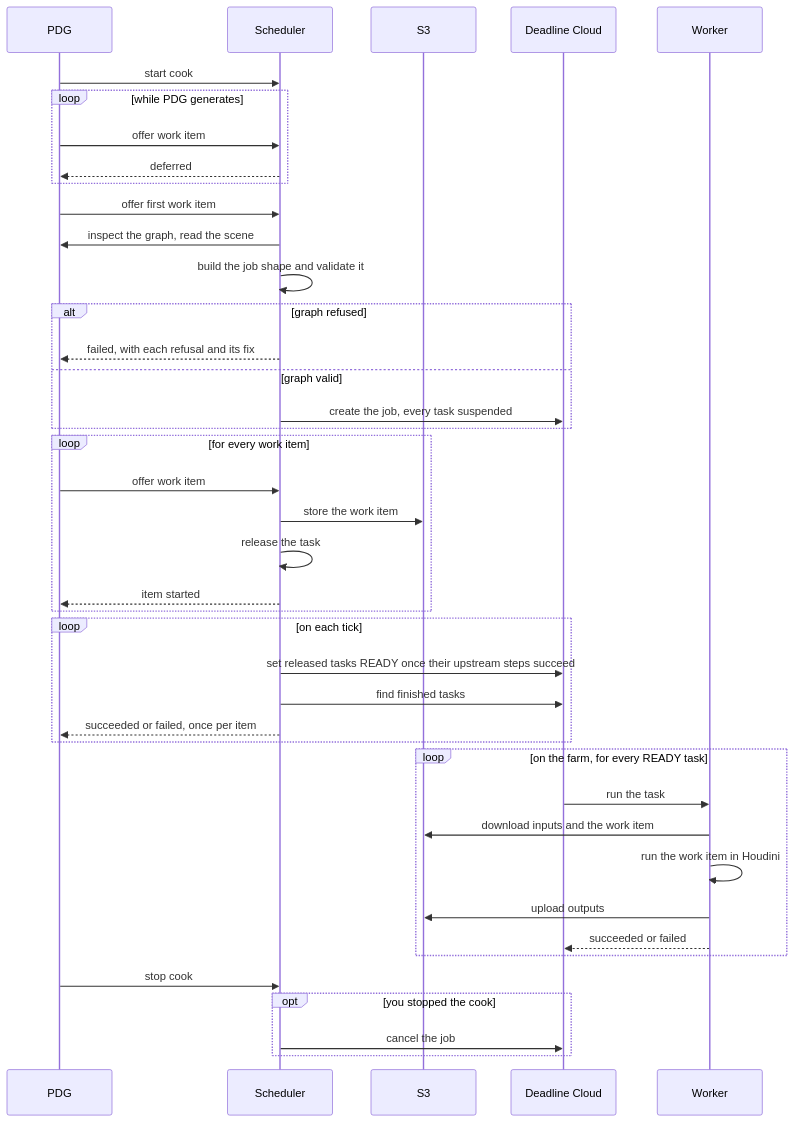
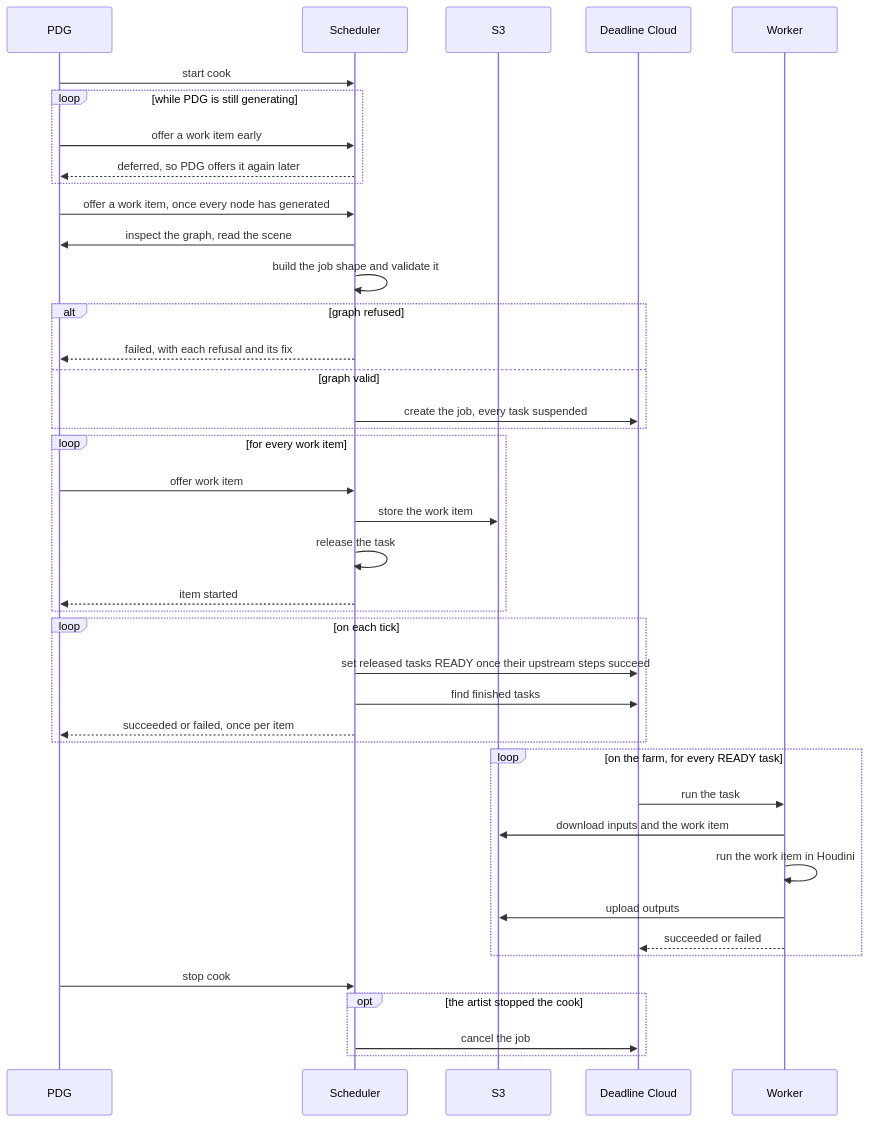
The second of 2 diagrams in specs/deadline/houdini_pdg/overview.md (aws-deadline/deadline-cloud-for-houdini), drawn with Mermaid before and after one commit.

Commit message:
docs: Show that the PDG scheduler defers work items offered early
PDG can offer work items before it has generated every node. The
scheduler defers them, and PDG offers them again later. The diagram now
says so, and names the offer that starts submission. It also says "the
artist" instead of "you", like the rest of the spec.

````diff
--- a/specs/deadline/houdini_pdg/overview.md
+++ b/specs/deadline/houdini_pdg/overview.md
@@ -75,43 +75,43 @@
 ```mermaid
 sequenceDiagram
   participant P as PDG
   participant S as Scheduler
   participant St as S3
   participant F as Deadline Cloud
   participant W as Worker
   P->>S: start cook
-  loop while PDG generates
-    P->>S: offer work item
-    S-->>P: deferred
+  loop while PDG is still generating
+    P->>S: offer a work item early
+    S-->>P: deferred, so PDG offers it again later
   end
-  P->>S: offer first work item
+  P->>S: offer a work item, once every node has generated
   S->>P: inspect the graph, read the scene
   S->>S: build the job shape and validate it
   alt graph refused
     S-->>P: failed, with each refusal and its fix
   else graph valid
     S->>F: create the job, every task suspended
   end
   loop for every work item
     P->>S: offer work item
     S->>St: store the work item
     S->>S: release the task
     S-->>P: item started
   end
   loop on each tick
     S->>F: set released tasks READY once their upstream steps succeed
     S->>F: find finished tasks
     S-->>P: succeeded or failed, once per item
   end
   loop on the farm, for every READY task
     F->>W: run the task
     W->>St: download inputs and the work item
     W->>W: run the work item in Houdini
     W->>St: upload outputs
     W-->>F: succeeded or failed
   end
   P->>S: stop cook
-  opt you stopped the cook
+  opt the artist stopped the cook
     S->>F: cancel the job
   end
 ```
````
